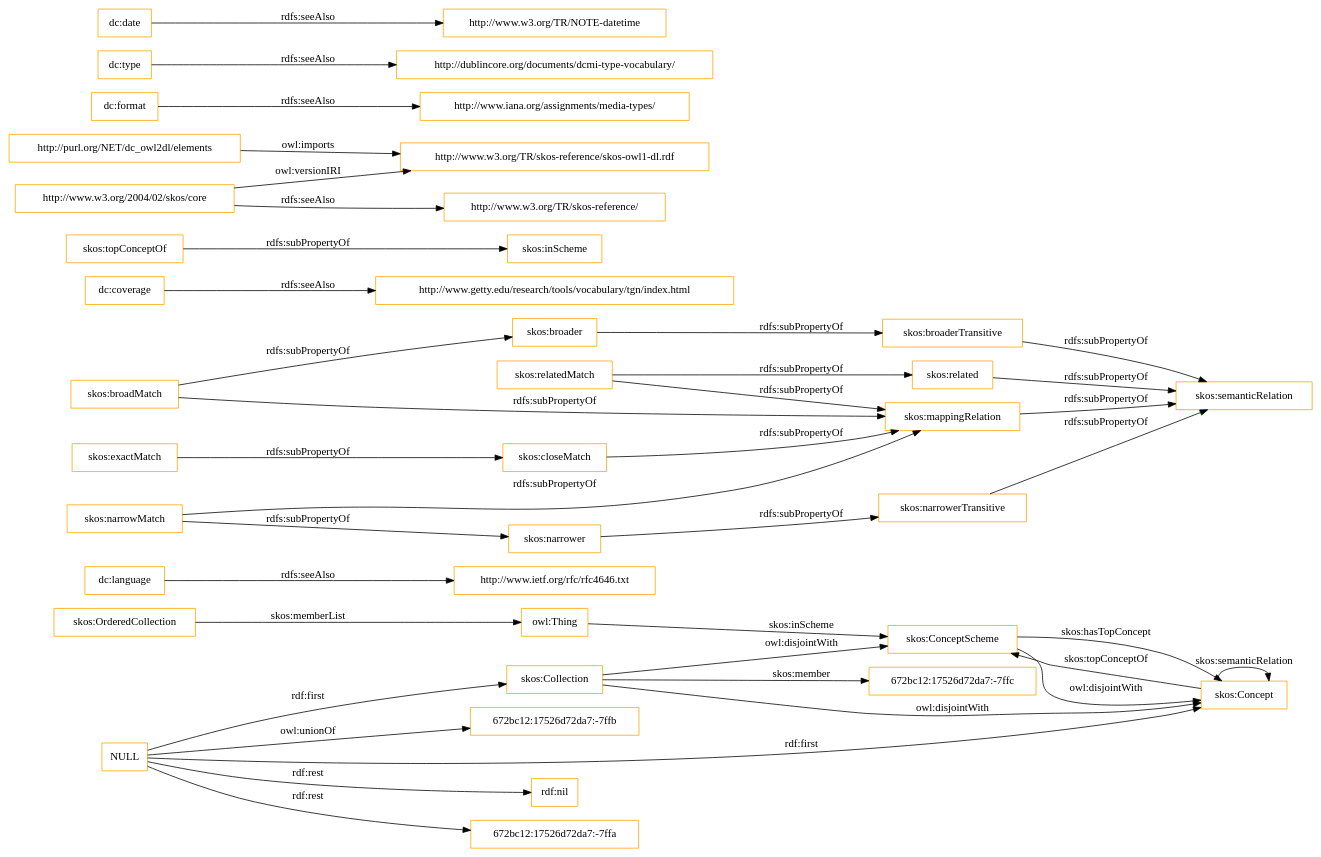
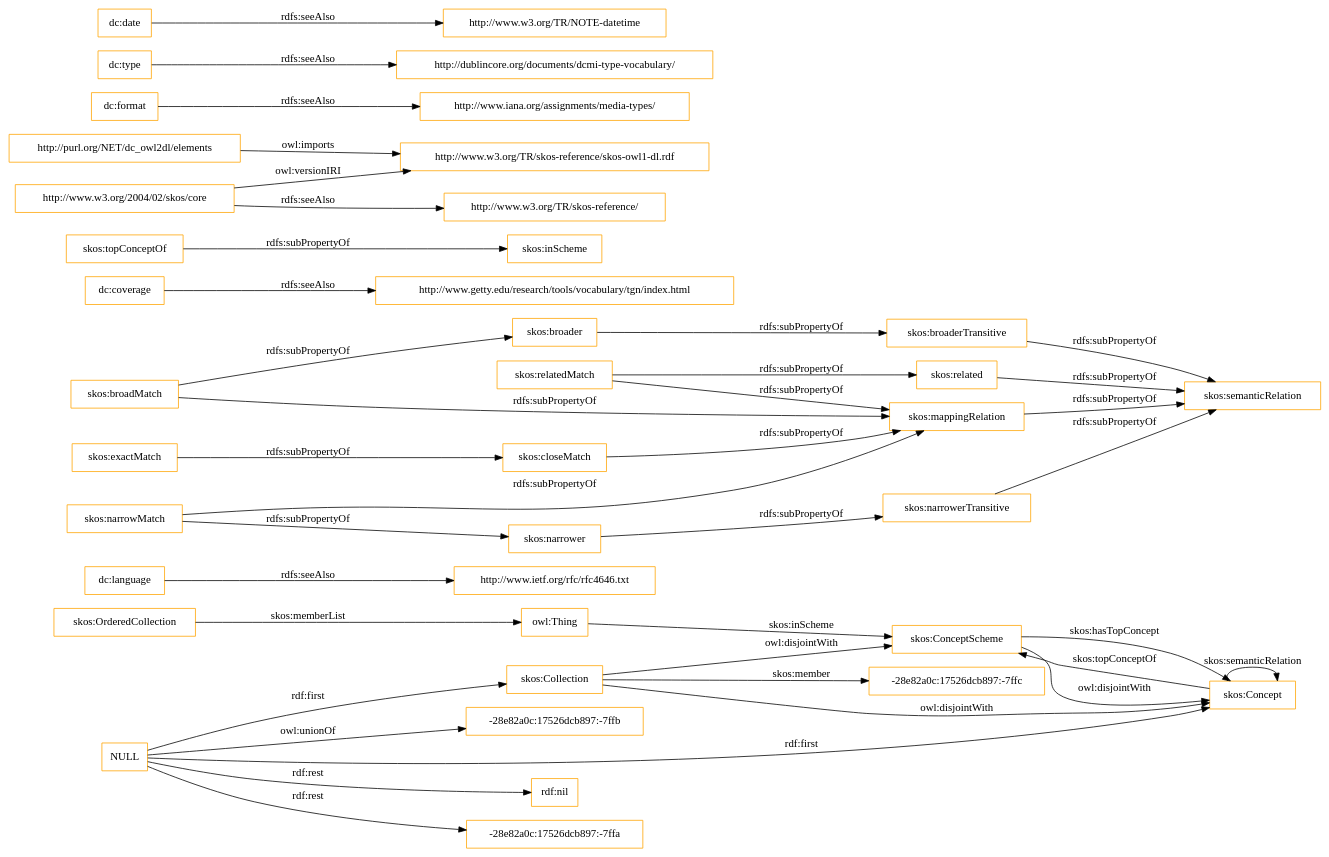
One commit to OnToologyUser/core-ontology-1 changed the diagram in OnToology/imports/elements.owl/diagrams/ar2dtool-class/elements.owl.png.dot. Above: the diagram before and after it, drawn with Graphviz. The commit also changed 14 other files, not shown here.

```diff
--- a/OnToology/imports/elements.owl/diagrams/ar2dtool-class/elements.owl.png.dot
+++ b/OnToology/imports/elements.owl/diagrams/ar2dtool-class/elements.owl.png.dot
@@ -1,43 +1,43 @@
 digraph ar2dtool_diagram { 
 rankdir=LR;
 size="1501"
-node [shape = rectangle, color="orange"]; "672bc12:17526d72da7:-7ffc" "skos:OrderedCollection" "skos:Collection" "skos:ConceptScheme" "skos:Concept" ; /*classes style*/
+node [shape = rectangle, color="orange"]; "-28e82a0c:17526dcb897:-7ffc" "skos:OrderedCollection" "skos:Collection" "skos:ConceptScheme" "skos:Concept" ; /*classes style*/
 	"dc:language" -> "http://www.ietf.org/rfc/rfc4646.txt" [ label = "rdfs:seeAlso" ];
 	"NULL" -> "rdf:nil" [ label = "rdf:rest" ];
 	"NULL" -> "skos:Collection" [ label = "rdf:first" ];
-	"NULL" -> "672bc12:17526d72da7:-7ffa" [ label = "rdf:rest" ];
+	"NULL" -> "-28e82a0c:17526dcb897:-7ffa" [ label = "rdf:rest" ];
 	"NULL" -> "skos:Concept" [ label = "rdf:first" ];
-	"NULL" -> "672bc12:17526d72da7:-7ffb" [ label = "owl:unionOf" ];
+	"NULL" -> "-28e82a0c:17526dcb897:-7ffb" [ label = "owl:unionOf" ];
 	"skos:closeMatch" -> "skos:mappingRelation" [ label = "rdfs:subPropertyOf" ];
 	"dc:coverage" -> "http://www.getty.edu/research/tools/vocabulary/tgn/index.html" [ label = "rdfs:seeAlso" ];
 	"skos:relatedMatch" -> "skos:related" [ label = "rdfs:subPropertyOf" ];
 	"skos:relatedMatch" -> "skos:mappingRelation" [ label = "rdfs:subPropertyOf" ];
 	"skos:ConceptScheme" -> "skos:Concept" [ label = "owl:disjointWith" ];
 	"skos:related" -> "skos:semanticRelation" [ label = "rdfs:subPropertyOf" ];
 	"skos:topConceptOf" -> "skos:inScheme" [ label = "rdfs:subPropertyOf" ];
 	"skos:broadMatch" -> "skos:broader" [ label = "rdfs:subPropertyOf" ];
 	"skos:broadMatch" -> "skos:mappingRelation" [ label = "rdfs:subPropertyOf" ];
 	"http://purl.org/NET/dc_owl2dl/elements" -> "http://www.w3.org/TR/skos-reference/skos-owl1-dl.rdf" [ label = "owl:imports" ];
 	"skos:exactMatch" -> "skos:closeMatch" [ label = "rdfs:subPropertyOf" ];
 	"dc:format" -> "http://www.iana.org/assignments/media-types/" [ label = "rdfs:seeAlso" ];
 	"skos:broaderTransitive" -> "skos:semanticRelation" [ label = "rdfs:subPropertyOf" ];
 	"dc:type" -> "http://dublincore.org/documents/dcmi-type-vocabulary/" [ label = "rdfs:seeAlso" ];
 	"skos:broader" -> "skos:broaderTransitive" [ label = "rdfs:subPropertyOf" ];
 	"skos:mappingRelation" -> "skos:semanticRelation" [ label = "rdfs:subPropertyOf" ];
 	"http://www.w3.org/2004/02/skos/core" -> "http://www.w3.org/TR/skos-reference/skos-owl1-dl.rdf" [ label = "owl:versionIRI" ];
 	"http://www.w3.org/2004/02/skos/core" -> "http://www.w3.org/TR/skos-reference/" [ label = "rdfs:seeAlso" ];
 	"skos:Collection" -> "skos:ConceptScheme" [ label = "owl:disjointWith" ];
 	"skos:Collection" -> "skos:Concept" [ label = "owl:disjointWith" ];
 	"skos:narrowMatch" -> "skos:narrower" [ label = "rdfs:subPropertyOf" ];
 	"skos:narrowMatch" -> "skos:mappingRelation" [ label = "rdfs:subPropertyOf" ];
 	"skos:narrower" -> "skos:narrowerTransitive" [ label = "rdfs:subPropertyOf" ];
 	"dc:date" -> "http://www.w3.org/TR/NOTE-datetime" [ label = "rdfs:seeAlso" ];
 	"skos:narrowerTransitive" -> "skos:semanticRelation" [ label = "rdfs:subPropertyOf" ];
 	"skos:OrderedCollection" -> "owl:Thing" [ label = "skos:memberList" ];
 	"skos:Concept" -> "skos:ConceptScheme" [ label = "skos:topConceptOf" ];
 	"skos:Concept" -> "skos:Concept" [ label = "skos:semanticRelation" ];
-	"skos:Collection" -> "672bc12:17526d72da7:-7ffc" [ label = "skos:member" ];
+	"skos:Collection" -> "-28e82a0c:17526dcb897:-7ffc" [ label = "skos:member" ];
 	"skos:ConceptScheme" -> "skos:Concept" [ label = "skos:hasTopConcept" ];
 	"owl:Thing" -> "skos:ConceptScheme" [ label = "skos:inScheme" ];
 
 }
```
